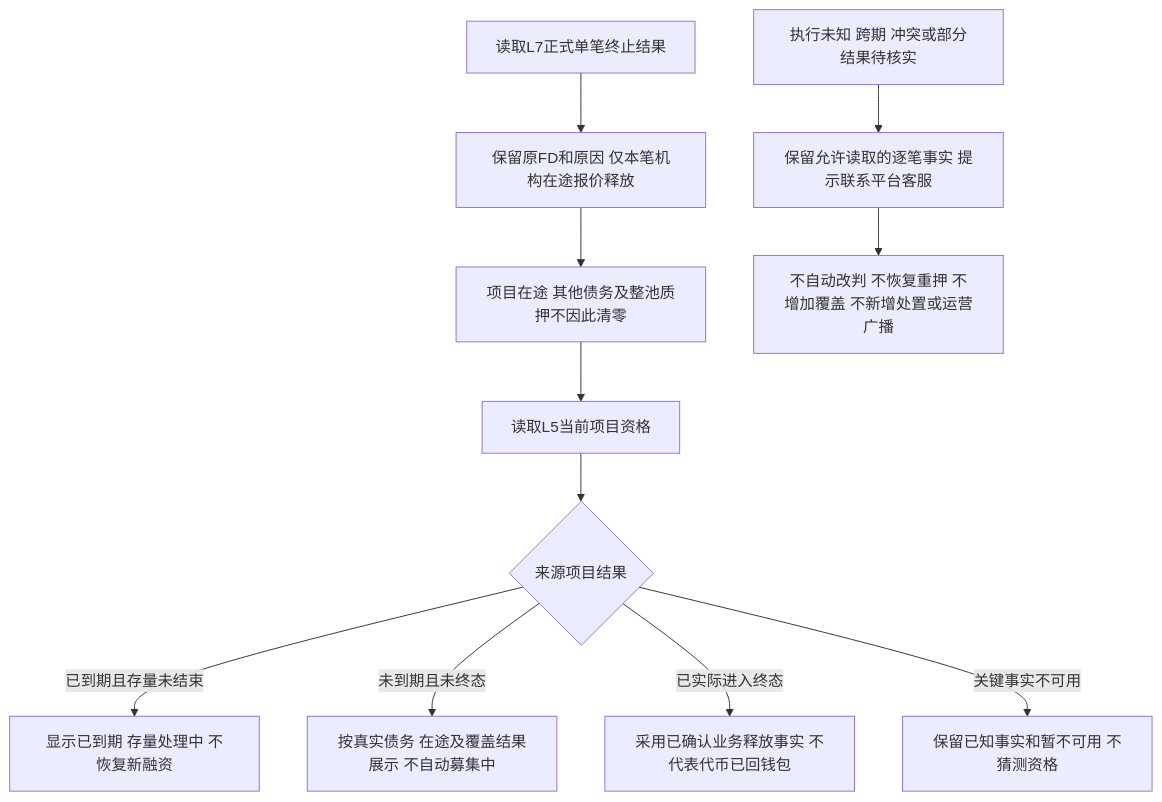
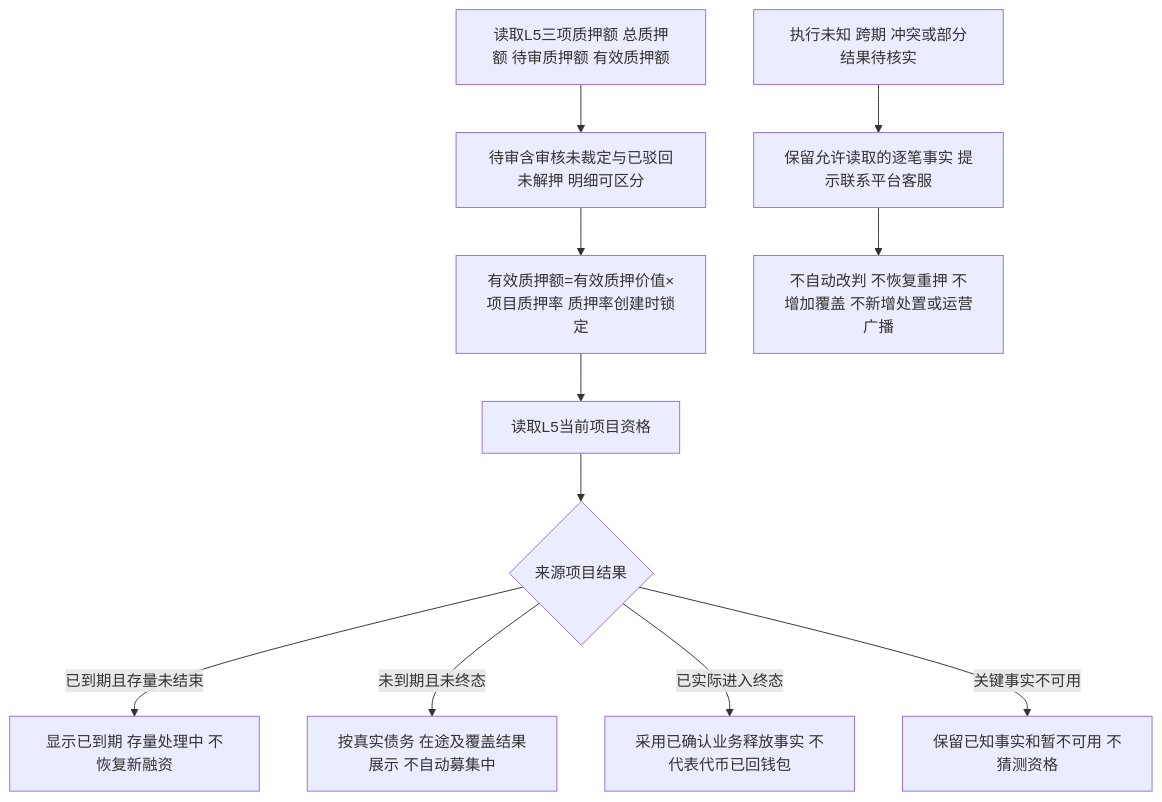
Diagram 11 of 11 in lending-platform/PRD/v1.0-我的控制台/02-我的控制台-流程图与状态机.md (wxblockchain/Chain-Financing), drawn with Mermaid before and after one commit. The commit also changed other lines of this file and 4 other files, not shown here.

````diff
--- a/lending-platform/PRD/v1.0-我的控制台/02-我的控制台-流程图与状态机.md
+++ b/lending-platform/PRD/v1.0-我的控制台/02-我的控制台-流程图与状态机.md
@@ -294,13 +295,13 @@
 ```mermaid
 flowchart TD
-  A[读取L7正式单笔终止结果] --> B[保留原FD和原因 仅本笔机构在途报价释放]
-  B --> C[项目在途 其他债务及整池质押不因此清零]
+  A[读取L5三项质押额 总质押额 待审质押额 有效质押额] --> B[待审含审核未裁定与已驳回未解押 明细可区分]
+  B --> C[有效质押额=有效质押价值×项目质押率 质押率创建时锁定]
   C --> D[读取L5当前项目资格]
   D --> E{来源项目结果}
   E -- 已到期且存量未结束 --> F[显示已到期 存量处理中 不恢复新融资]
   E -- 未到期且未终态 --> G[按真实债务 在途及覆盖结果展示 不自动募集中]
   E -- 已实际进入终态 --> H[采用已确认业务释放事实 不代表代币已回钱包]
   E -- 关键事实不可用 --> I[保留已知事实和暂不可用 不猜测资格]
   J[执行未知 跨期 冲突或部分结果待核实] --> K[保留允许读取的逐笔事实 提示联系平台客服]
   K --> L[不自动改判 不恢复重押 不增加覆盖 不新增处置或运营广播]
 ```
````
